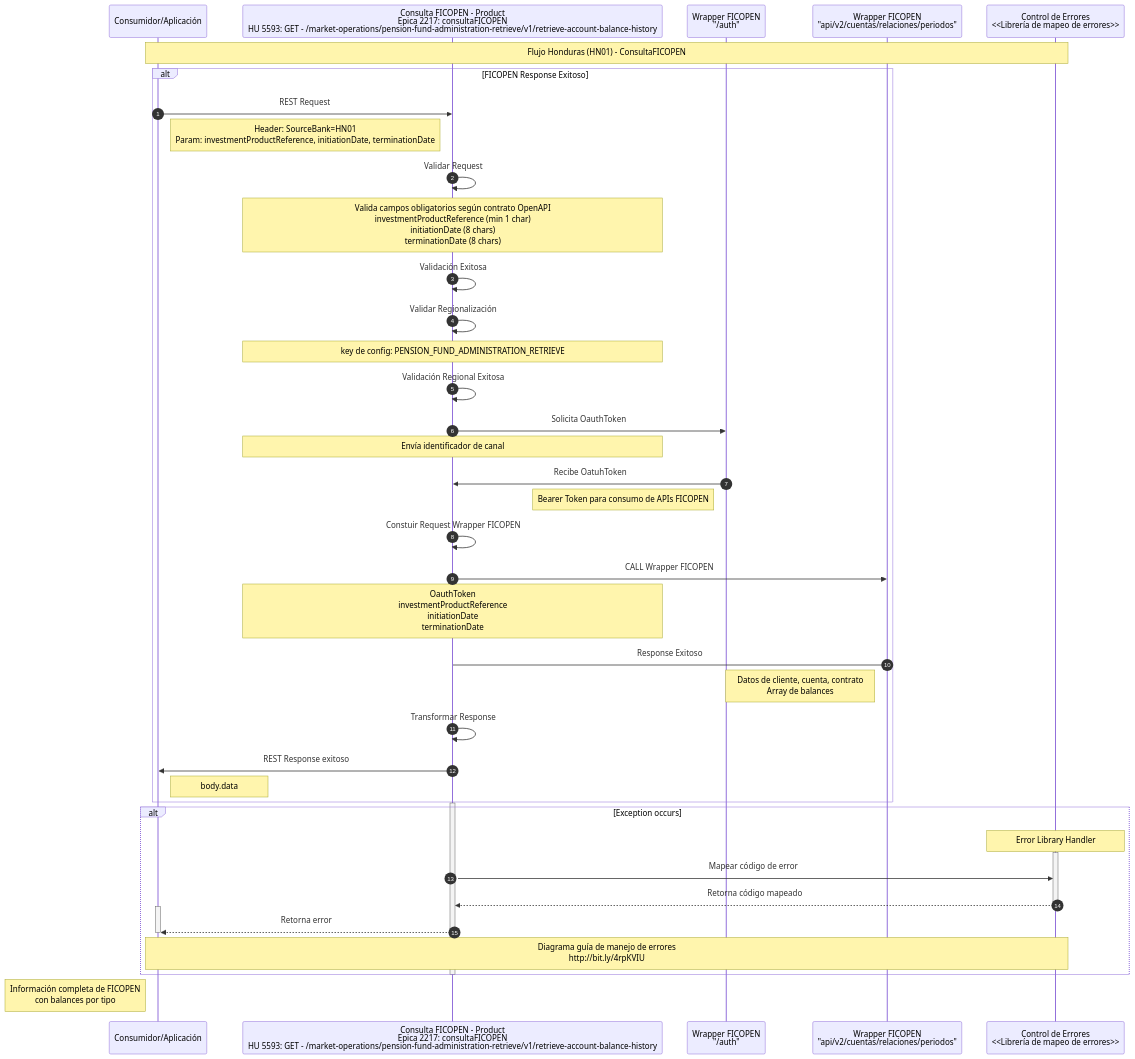
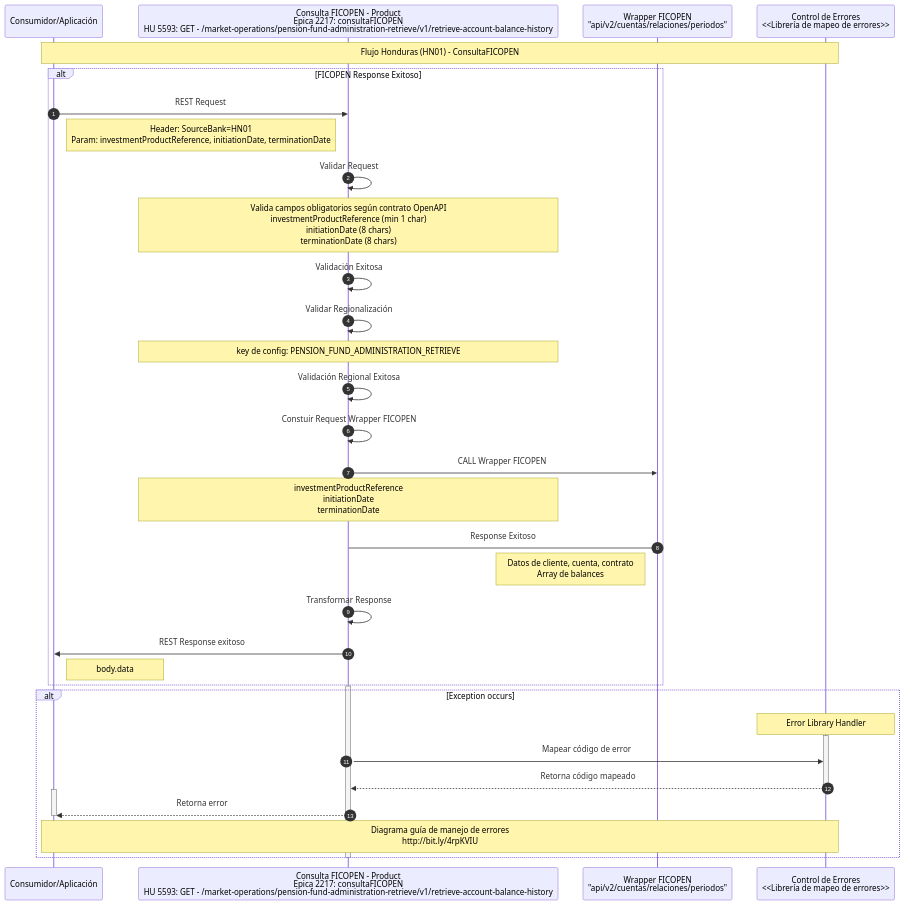
The diagram in ZMigrationFeature/ConsultaFICOPEN/TO-BE-04-Secuencia-HN01.mmd (jmolano10/ficohsa-capa-media), drawn with Mermaid before and after one commit.

Commit message:
docs(ConsultaFICOPEN): remove OAuth token handling from HN01 sequence diagram
- Eliminated WrapperFicopenToken participant and removed token request/response steps to simplify the flow
- Renamed WrapperFicopenOP to WFP for brevity
- This aligns with potential updates where authentication is handled externally or no longer required in the diagram

```diff
--- a/ZMigrationFeature/ConsultaFICOPEN/TO-BE-04-Secuencia-HN01.mmd
+++ b/ZMigrationFeature/ConsultaFICOPEN/TO-BE-04-Secuencia-HN01.mmd
@@ -1,58 +1,50 @@
 sequenceDiagram
     autonumber
     participant Consumidor as Consumidor/Aplicación
     participant API as Consulta FICOPEN - Product <br> Epica 2217: consultaFICOPEN <br> HU 5593:  GET - /market-operations/pension-fund-administration-retrieve/v1/retrieve-account-balance-history
-    participant WrapperFicopenToken as Wrapper FICOPEN <br> "/auth"
-    participant WrapperFicopenOP as Wrapper FICOPEN <br> "api/v2/cuentas/relaciones/periodos"
+    participant WFP as Wrapper FICOPEN <br> "api/v2/cuentas/relaciones/periodos"
     participant Errors as Control de Errores <br/> <<Librería de mapeo de errores>>
 
     Note over Consumidor, Errors: Flujo Honduras (HN01) - ConsultaFICOPEN
 
     alt FICOPEN Response Exitoso
         Consumidor->>API: REST Request
         Note right of Consumidor: Header: SourceBank=HN01 <br/> Param: investmentProductReference, initiationDate, terminationDate
 
         API->>API: Validar Request
         Note over API: Valida campos obligatorios según contrato OpenAPI <br/>investmentProductReference (min 1 char) <br/> initiationDate (8 chars) <br/> terminationDate (8 chars)
 
         API->>API: Validación Exitosa
 
         API->>API: Validar Regionalización
         Note over API: key de config: PENSION_FUND_ADMINISTRATION_RETRIEVE
 
         API->>API: Validación Regional Exitosa
 
-        API->>WrapperFicopenToken: Solicita OauthToken
-        Note over API: Envía identificador de canal
-
-        WrapperFicopenToken->>API: Recibe OatuhToken
-        Note left of WrapperFicopenToken: Bearer Token para consumo de APIs FICOPEN
-
         API->>API: Constuir Request Wrapper FICOPEN
 
-        API->>WrapperFicopenOP: CALL Wrapper FICOPEN
-        Note over API: OauthToken <br/> investmentProductReference <br> initiationDate <br> terminationDate
+        API->>WFP: CALL Wrapper FICOPEN
+        Note over API: investmentProductReference <br> initiationDate <br> terminationDate
 
-        WrapperFicopenOP->API: Response Exitoso
-        Note left of WrapperFicopenOP: Datos de cliente, cuenta, contrato<br/>Array de balances
+        WFP->API: Response Exitoso
+        Note left of WFP: Datos de cliente, cuenta, contrato<br/>Array de balances
 
         API->>API: Transformar Response
 
         API->>Consumidor: REST Response exitoso
         Note right of Consumidor: body.data
     end
 
     activate API
     alt Exception occurs
         note over Errors: Error Library Handler
         activate Errors
             API->> Errors: Mapear código de error
             Errors -->> API: Retorna código mapeado
         deactivate Errors
         activate Consumidor
             API-->> Consumidor: Retorna error
         deactivate Consumidor
         Note over Consumidor,Errors: Diagrama guía de manejo de errores <br> http://bit.ly/4rpKVIU
     end
     deactivate API
-    Note left of Consumidor: Información completa de FICOPEN<br/>con balances por tipo
```
